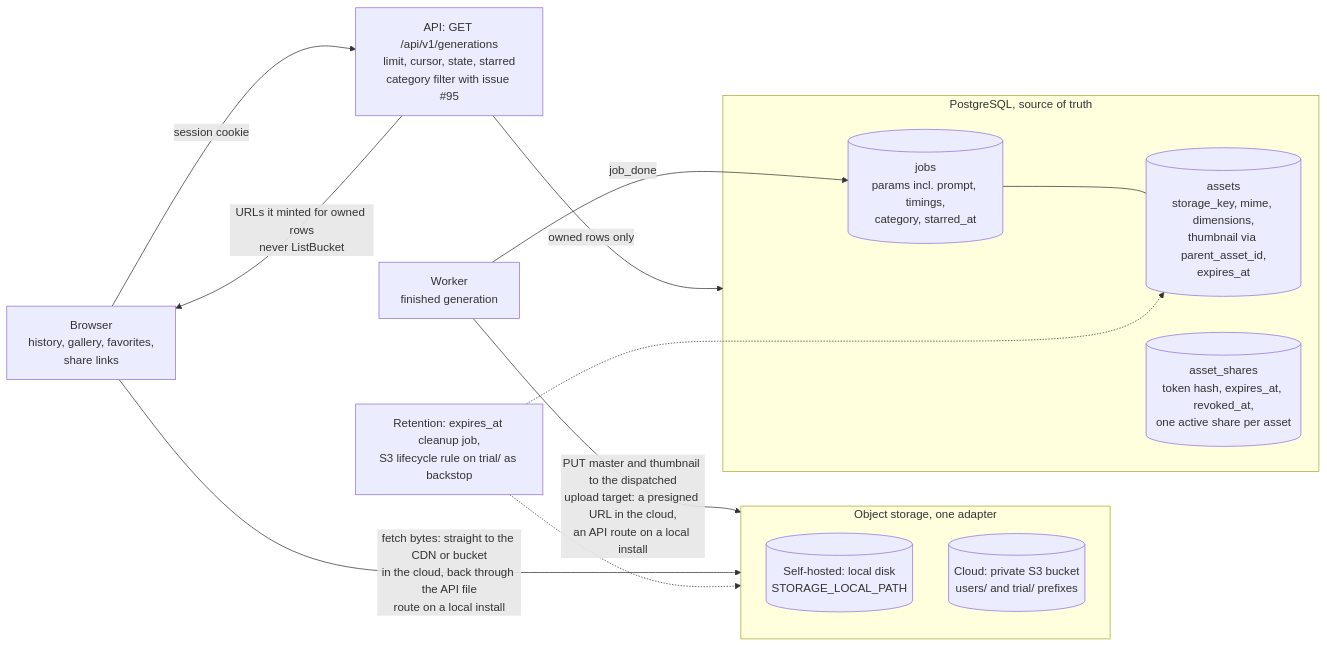
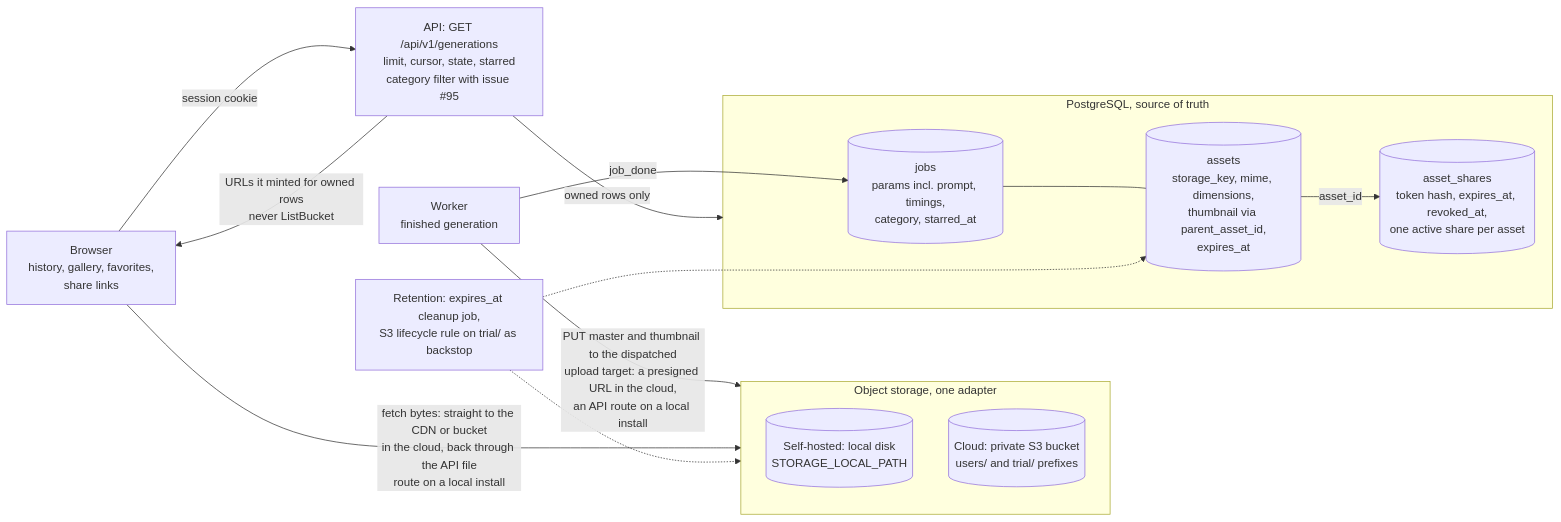
Diagram 14 of 15 in docs/architecture.md (Portocolom-Studio/potocolom), drawn with Mermaid before and after one commit. The commit also changed other lines of this file and 6 other files, not shown here.

````diff
--- a/docs/architecture.md
+++ b/docs/architecture.md
@@ -571,25 +571,26 @@
 ```mermaid
 flowchart LR
     W["Worker<br>finished generation"]
     subgraph STORE["Object storage, one adapter"]
         LD[("Self-hosted: local disk<br>STORAGE_LOCAL_PATH")]
         S3[("Cloud: private S3 bucket<br>users/ and trial/ prefixes")]
     end
     subgraph PG["PostgreSQL, source of truth"]
         J[("jobs<br>params incl. prompt, timings,<br>category, starred_at")]
         AS[("assets<br>storage_key, mime, dimensions,<br>thumbnail via parent_asset_id,<br>expires_at")]
         SH[("asset_shares<br>token hash, expires_at, revoked_at,<br>one active share per asset")]
+        AS -->|"asset_id"| SH
     end
     B["Browser<br>history, gallery, favorites,<br>share links"]
     API["API: GET /api/v1/generations<br>limit, cursor, state, starred<br>category filter with issue #95"]
     CLEAN["Retention: expires_at cleanup job,<br>S3 lifecycle rule on trial/ as backstop"]
     W -->|"PUT master and thumbnail to the dispatched<br>upload target: a presigned URL in the cloud,<br>an API route on a local install"| STORE
     W -->|"job_done"| J
     J --- AS
     B -->|"session cookie"| API
     API -->|"owned rows only"| PG
     API -->|"URLs it minted for owned rows<br>never ListBucket"| B
     B -->|"fetch bytes: straight to the CDN or bucket<br>in the cloud, back through the API file<br>route on a local install"| STORE
     CLEAN -.-> AS
     CLEAN -.-> STORE
 ```
````
